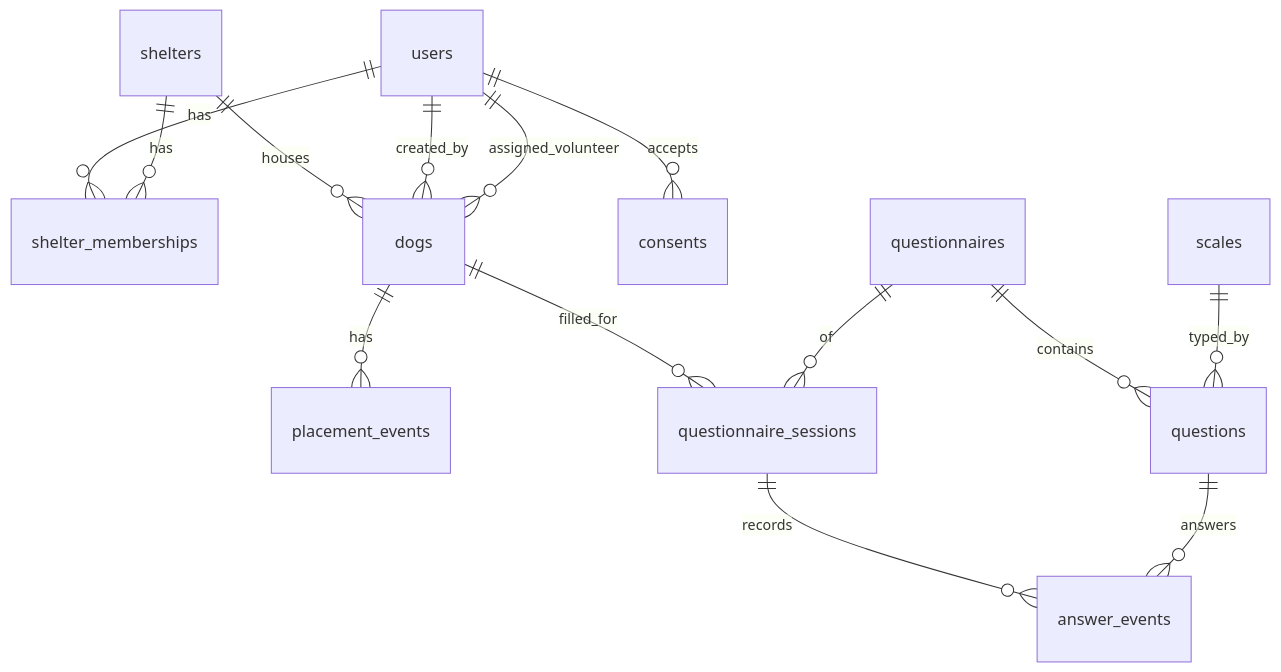
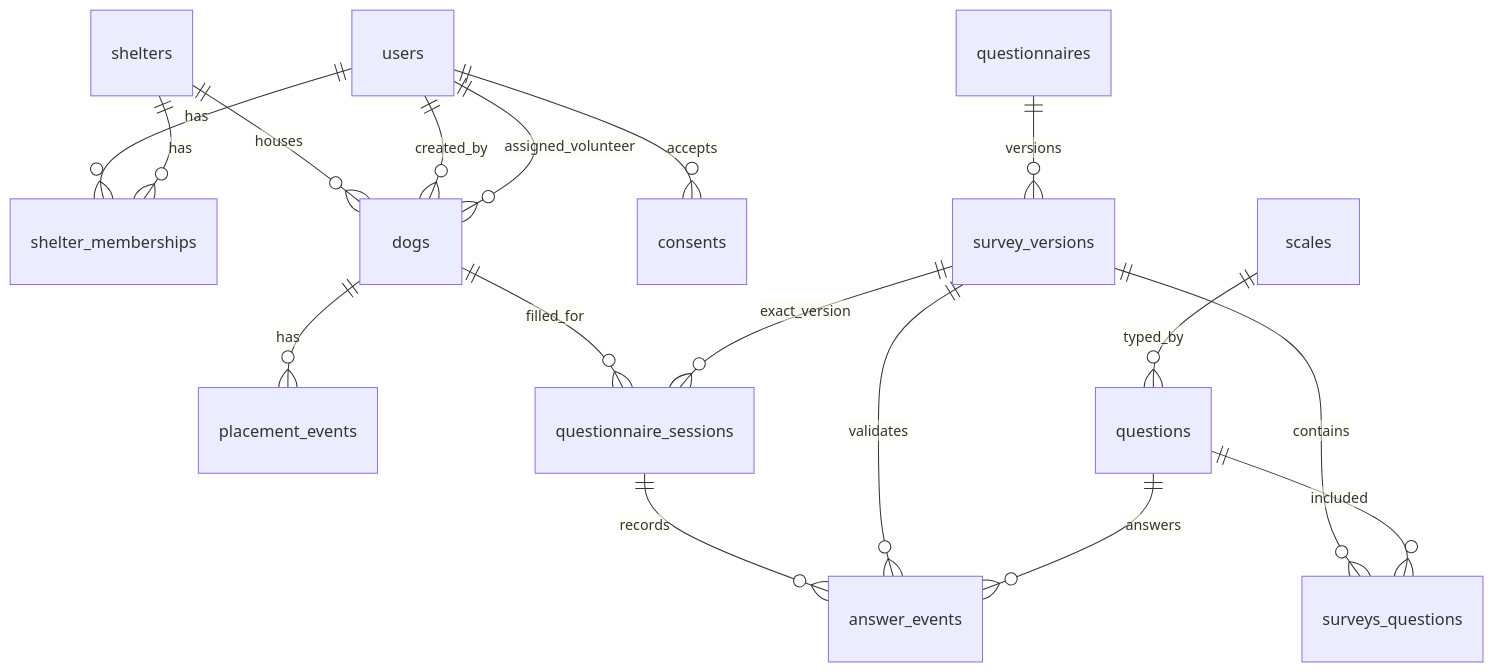
Before and after one commit to Lilya-te/barko-docs: the second of 2 diagrams in wiki/concepts/research-data-app.md, drawn with Mermaid. The commit also changed other lines of this file and 56 other files, not shown here.

````diff
--- a/wiki/concepts/research-data-app.md
+++ b/wiki/concepts/research-data-app.md
@@ -112,16 +112,19 @@
 ```mermaid
 erDiagram
   users ||--o{ shelter_memberships : has
   shelters ||--o{ shelter_memberships : has
   shelters ||--o{ dogs : houses
   users ||--o{ dogs : created_by
   users ||--o{ dogs : assigned_volunteer
   dogs ||--o{ placement_events : has
   users ||--o{ consents : accepts
-  questionnaires ||--o{ questions : contains
+  questionnaires ||--o{ survey_versions : versions
+  survey_versions ||--o{ surveys_questions : contains
+  questions ||--o{ surveys_questions : included
   scales ||--o{ questions : typed_by
   dogs ||--o{ questionnaire_sessions : filled_for
-  questionnaires ||--o{ questionnaire_sessions : of
+  survey_versions ||--o{ questionnaire_sessions : exact_version
   questionnaire_sessions ||--o{ answer_events : records
+  survey_versions ||--o{ answer_events : validates
   questions ||--o{ answer_events : answers
 ```
````
